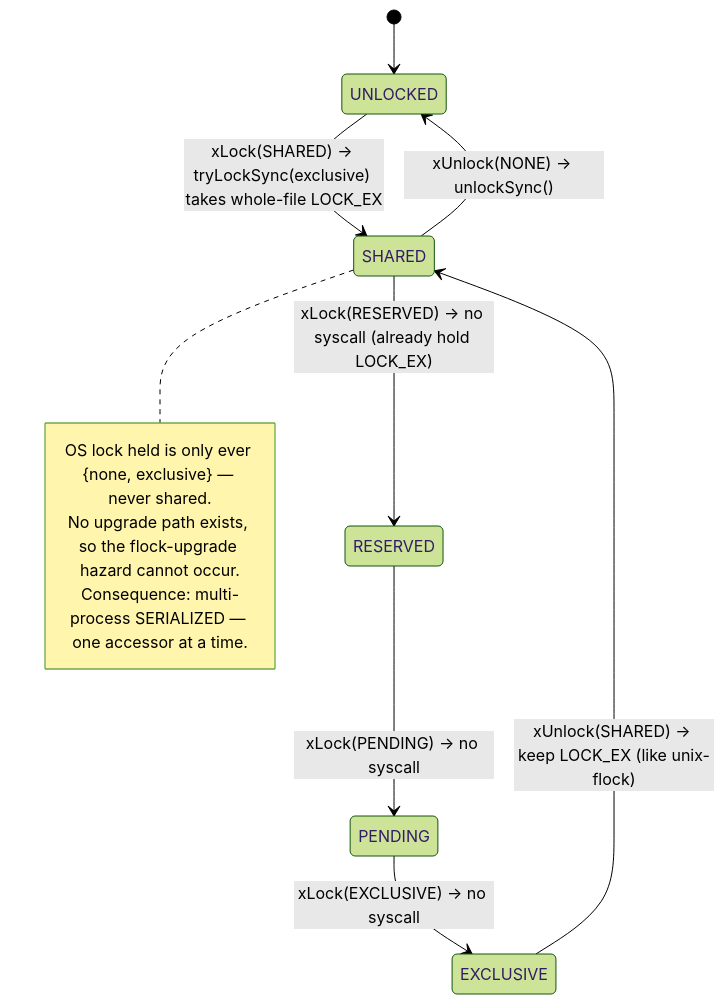
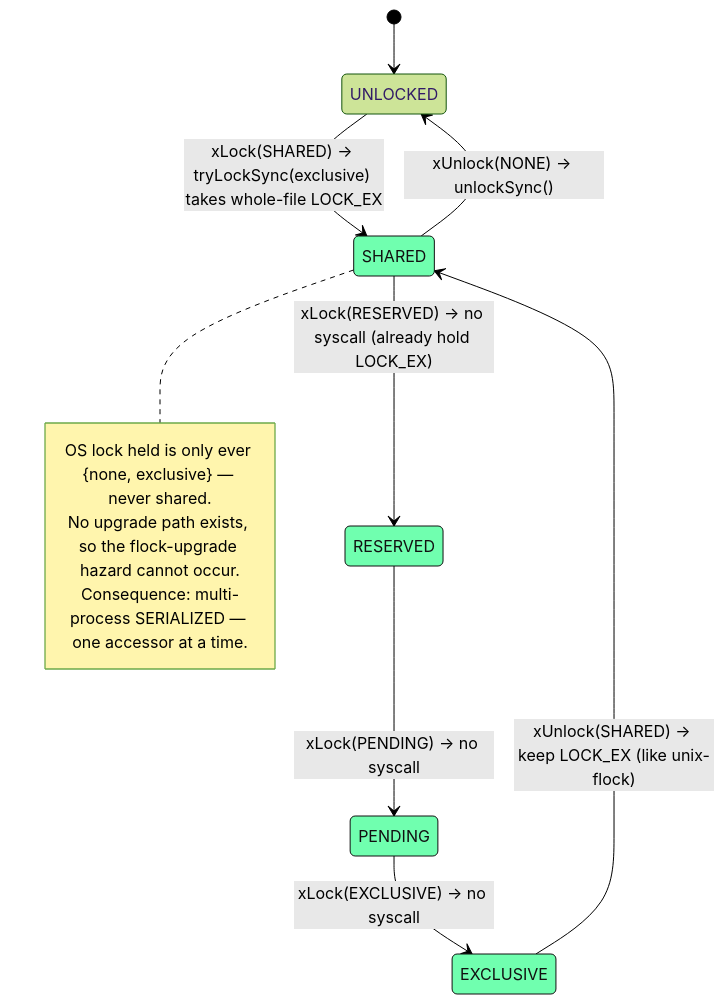
One commit to ul0gic/sqlite-deno changed the second of 3 diagrams in README.md. Above: the diagram before and after it, drawn with Mermaid (forest theme). The commit also changed other lines of this file and 1 other file, not shown here.

````diff
--- a/README.md
+++ b/README.md
@@ -174,15 +199,18 @@
 ```mermaid
 stateDiagram-v2
   [*] --> UNLOCKED
   UNLOCKED --> SHARED: xLock(SHARED) → tryLockSync(exclusive) takes whole-file LOCK_EX
   SHARED --> RESERVED: xLock(RESERVED) → no syscall (already hold LOCK_EX)
   RESERVED --> PENDING: xLock(PENDING) → no syscall
   PENDING --> EXCLUSIVE: xLock(EXCLUSIVE) → no syscall
   EXCLUSIVE --> SHARED: xUnlock(SHARED) → keep LOCK_EX (like unix-flock)
   SHARED --> UNLOCKED: xUnlock(NONE) → unlockSync()
   note right of SHARED
     OS lock held is only ever {none, exclusive} — never shared.
     No upgrade path exists, so the flock-upgrade hazard cannot occur.
     Consequence: multi-process SERIALIZED — one accessor at a time.
   end note
+
+  classDef locked fill:#70ffaf,stroke:#111,color:#111,stroke-width:1px;
+  class SHARED,RESERVED,PENDING,EXCLUSIVE locked
 ```
````
